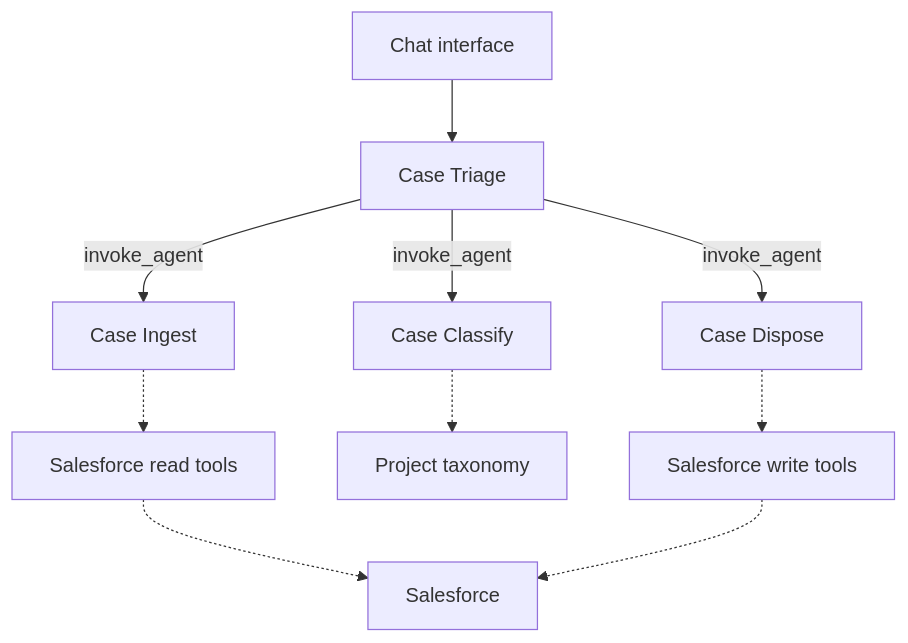
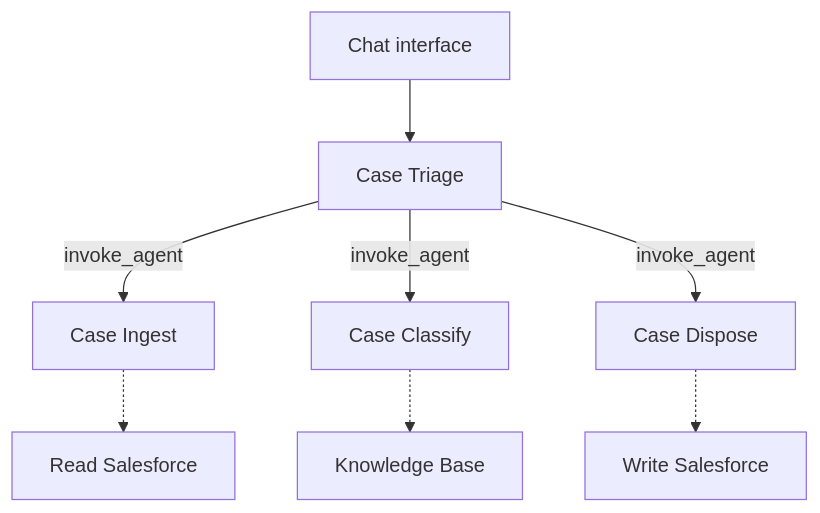
One commit to veryfront/agentic-case-processing-salesforce changed the diagram in README.md. Above: the diagram before and after it, drawn with Mermaid.

Commit message:
docs: simplify architecture labels

````diff
--- a/README.md
+++ b/README.md
@@ -5,13 +5,11 @@
 ```mermaid
 flowchart TD
   Chat["Chat interface"] --> Triage["Case Triage"]
   Triage -->|invoke_agent| Ingest["Case Ingest"]
   Triage -->|invoke_agent| Classify["Case Classify"]
   Triage -->|invoke_agent| Dispose["Case Dispose"]
 
-  Ingest -.-> SalesforceRead["Salesforce read tools"]
-  Classify -.-> Taxonomy["Project taxonomy"]
-  Dispose -.-> SalesforceWrite["Salesforce write tools"]
-  SalesforceRead -.-> Salesforce["Salesforce"]
-  SalesforceWrite -.-> Salesforce
+  Ingest -.-> SalesforceRead["Read Salesforce"]
+  Classify -.-> Taxonomy["Knowledge Base"]
+  Dispose -.-> SalesforceWrite["Write Salesforce"]
 ```
````
